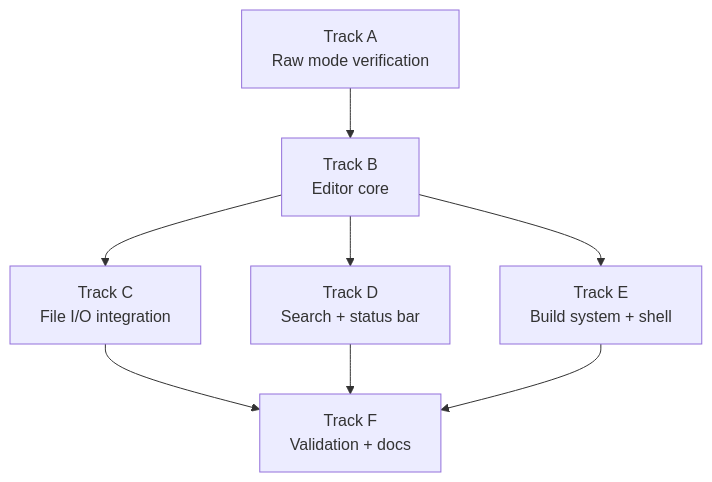
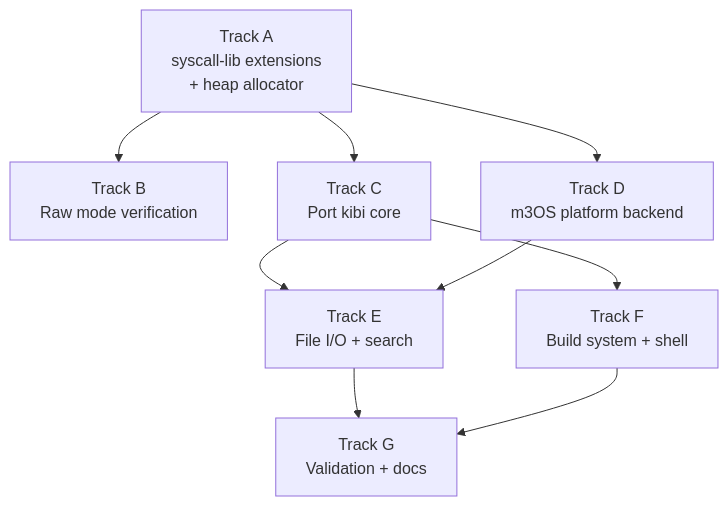
The diagram in docs/roadmap/tasks/26-text-editor-tasks.md (mikecubed/m3OS), drawn with Mermaid before and after one commit. The commit also changed other lines of this file and 1 other file, not shown here.

First line of the commit message:
docs: Revise Phase 26 to port kibi (Rust) instead of writing C editor

````diff
--- a/docs/roadmap/tasks/26-text-editor-tasks.md
+++ b/docs/roadmap/tasks/26-text-editor-tasks.md
@@ -176,10 +234,11 @@
 ```mermaid
 flowchart TD
-    A["Track A<br/>Raw mode verification"] --> B["Track B<br/>Editor core"]
-    B --> C["Track C<br/>File I/O integration"]
-    B --> D["Track D<br/>Search + status bar"]
-    B --> E["Track E<br/>Build system + shell"]
-    C --> F["Track F<br/>Validation + docs"]
-    D --> F
-    E --> F
+    A["Track A<br/>syscall-lib extensions<br/>+ heap allocator"] --> B["Track B<br/>Raw mode verification"]
+    A --> C["Track C<br/>Port kibi core"]
+    A --> D["Track D<br/>m3OS platform backend"]
+    C --> E["Track E<br/>File I/O + search"]
+    D --> E
+    C --> F["Track F<br/>Build system + shell"]
+    E --> G["Track G<br/>Validation + docs"]
+    F --> G
 ```
````
